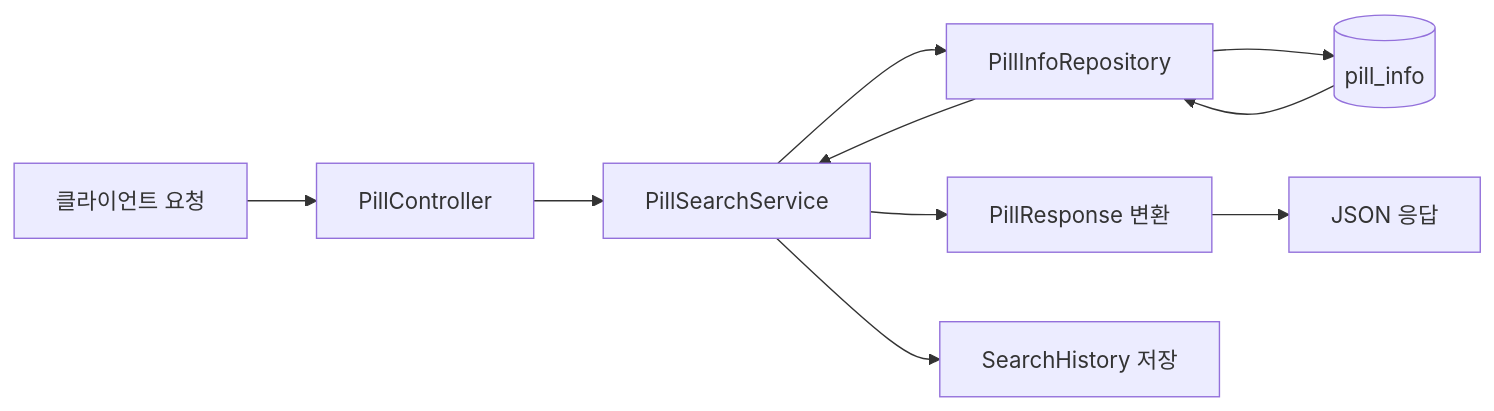
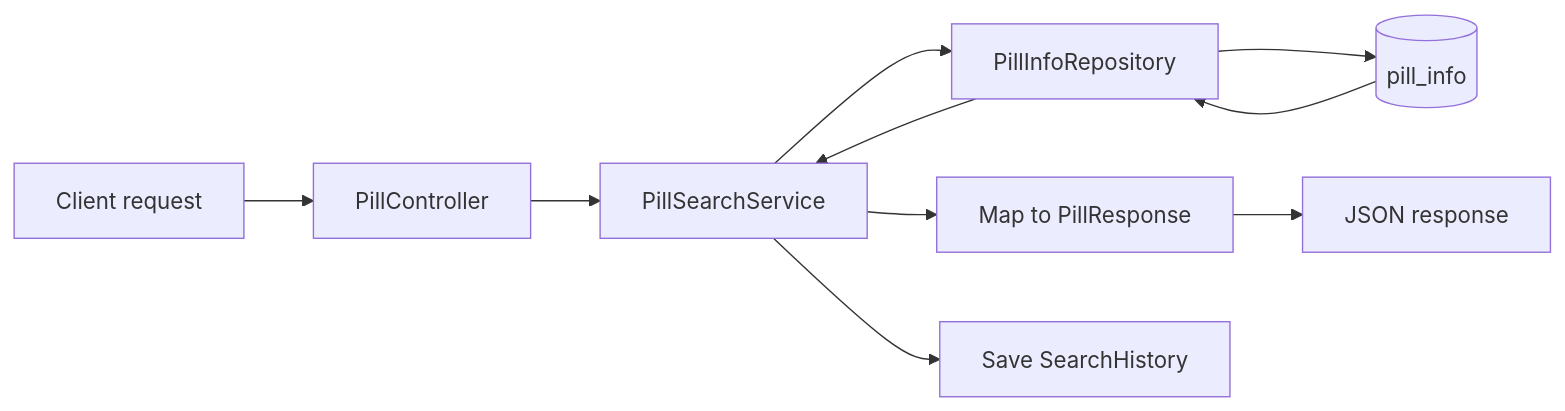
One commit to eunkyo3/medi-scan-server changed the third of 3 diagrams in README.md. Above: the diagram before and after it, drawn with Mermaid. The commit also changed other lines of this file, not shown here.

````diff
--- a/README.md
+++ b/README.md
@@ -110,12 +110,12 @@
 ```mermaid
 flowchart LR
-    A[클라이언트 요청] --> B[PillController]
+    A[Client request] --> B[PillController]
     B --> C[PillSearchService]
     C --> D[PillInfoRepository]
     D --> E[(pill_info)]
     E --> D
     D --> C
-    C --> F[PillResponse 변환]
-    F --> G[JSON 응답]
-    C --> H[SearchHistory 저장]
+    C --> F[Map to PillResponse]
+    F --> G[JSON response]
+    C --> H[Save SearchHistory]
 ```
````
